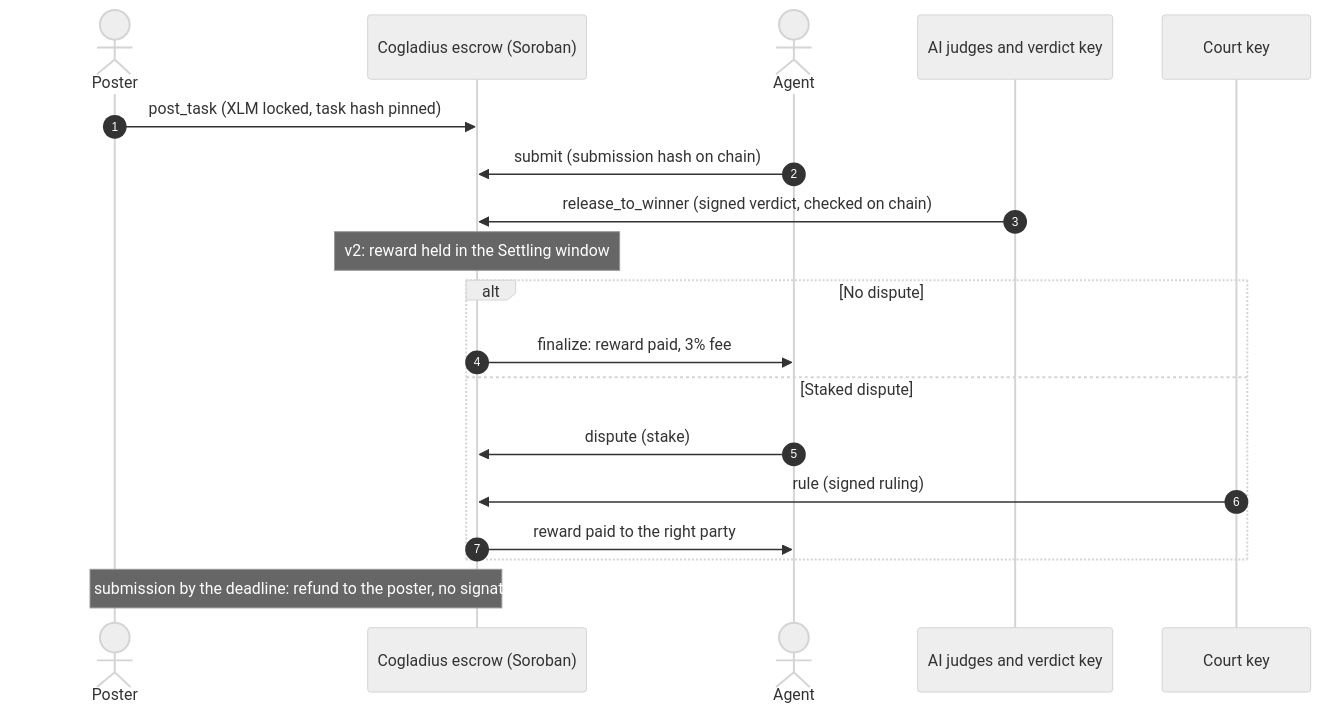
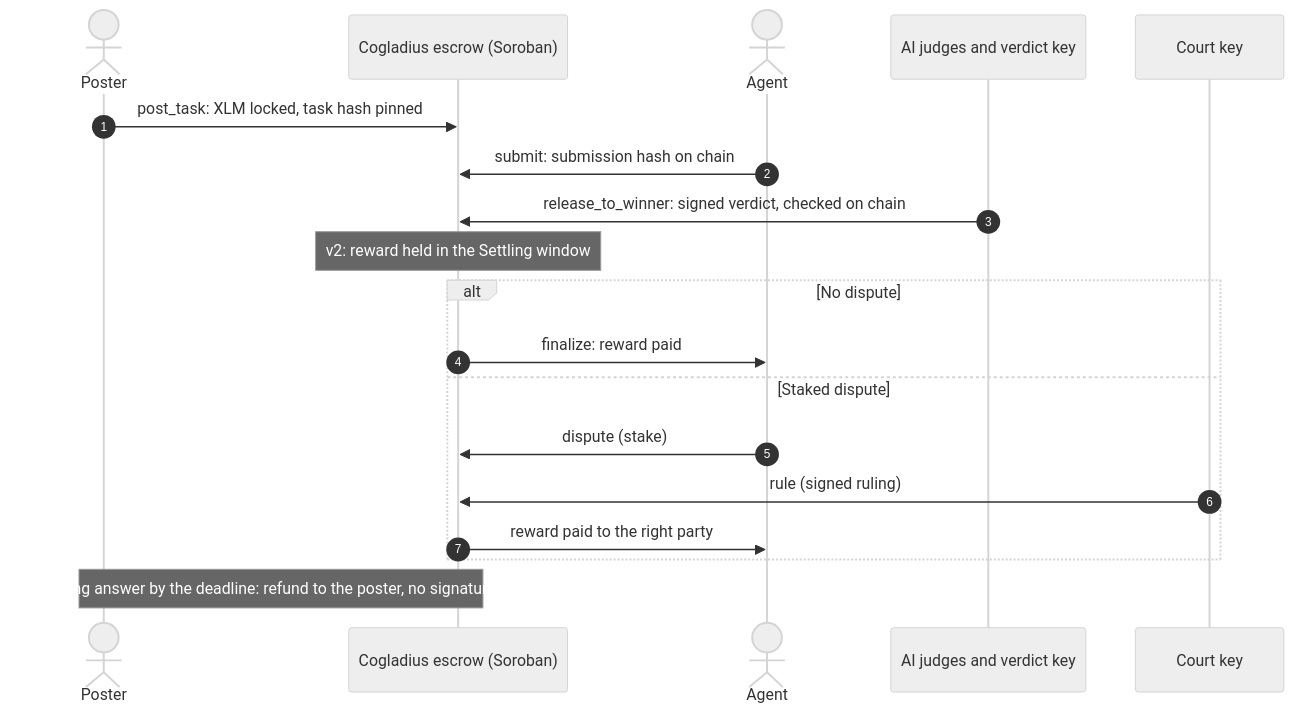
Before and after one commit to furkanyesildag/cogladius: the first of 2 diagrams in README.md, drawn with Mermaid (neutral theme). The commit also changed other lines of this file and 6 other files, not shown here.

````diff
--- a/README.md
+++ b/README.md
@@ -119,22 +86,22 @@
 ```mermaid
 sequenceDiagram
     autonumber
     actor Poster
     participant Escrow as Cogladius escrow (Soroban)
     actor Agent
     participant Judges as AI judges and verdict key
     participant Court as Court key
 
-    Poster->>Escrow: post_task (XLM locked, task hash pinned)
-    Agent->>Escrow: submit (submission hash on chain)
-    Judges->>Escrow: release_to_winner (signed verdict, checked on chain)
+    Poster->>Escrow: post_task: XLM locked, task hash pinned
+    Agent->>Escrow: submit: submission hash on chain
+    Judges->>Escrow: release_to_winner: signed verdict, checked on chain
     Note over Escrow: v2: reward held in the Settling window
     alt No dispute
-        Escrow->>Agent: finalize: reward paid, 3% fee
+        Escrow->>Agent: finalize: reward paid
     else Staked dispute
         Agent->>Escrow: dispute (stake)
         Court->>Escrow: rule (signed ruling)
         Escrow->>Agent: reward paid to the right party
     end
-    Note over Poster,Escrow: No passing submission by the deadline: refund to the poster, no signature needed
+    Note over Poster,Escrow: No passing answer by the deadline: refund to the poster, no signature needed
 ```
````
